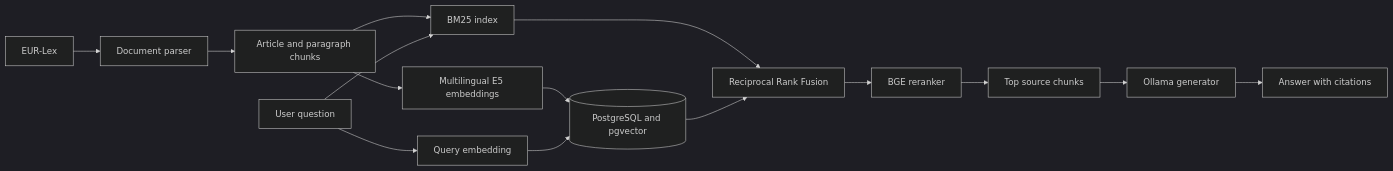
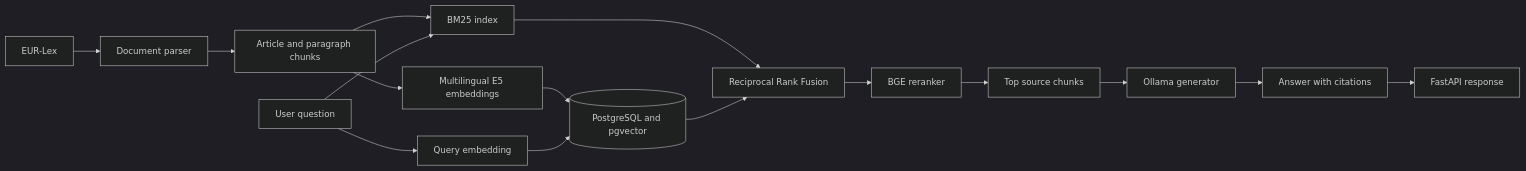
The diagram in README.md (amirsasani/eu-regulation-assistant), drawn with Mermaid (dark theme) before and after one commit. The commit also changed other lines of this file and 2 other files, not shown here.

````diff
--- a/README.md
+++ b/README.md
@@ -24,20 +26,21 @@
 ```mermaid
 flowchart LR
     A[EUR-Lex] --> B[Document parser]
     B --> C[Article and paragraph chunks]
 
     C --> D[BM25 index]
     C --> E[Multilingual E5 embeddings]
     E --> F[(PostgreSQL and pgvector)]
 
     Q[User question] --> D
     Q --> G[Query embedding]
     G --> F
 
     D --> H[Reciprocal Rank Fusion]
     F --> H
     H --> I[BGE reranker]
     I --> J[Top source chunks]
     J --> K[Ollama generator]
     K --> L[Answer with citations]
+    L --> M[FastAPI response]
 ```
````
